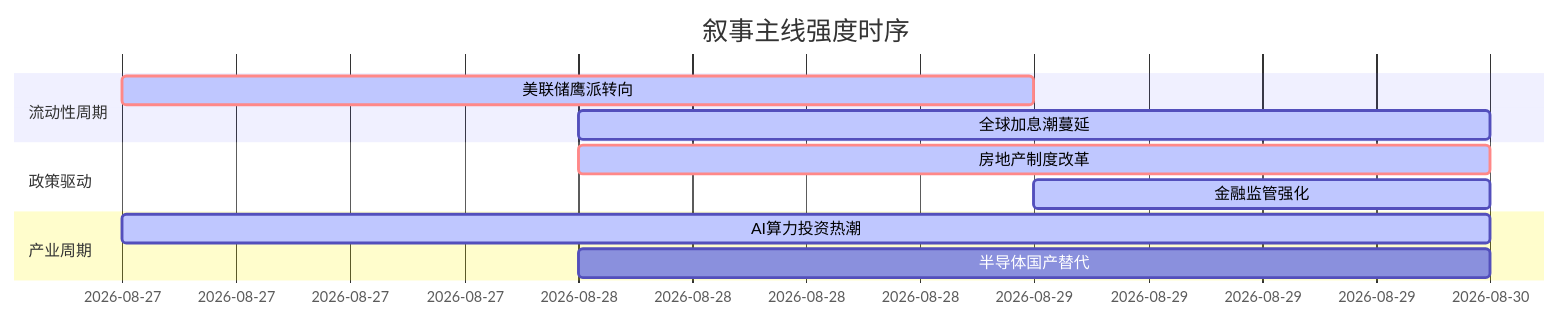
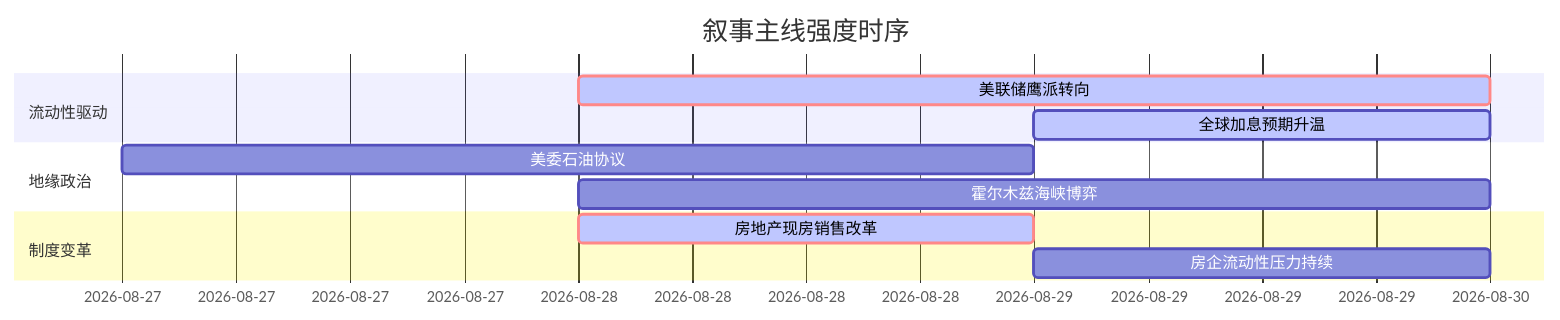
Before and after one commit to uu5zn/uu5zn.github.io: the diagram in 5day_report.md, drawn with Mermaid. The commit also changed other lines of this file and 4 other files, not shown here.

````diff
--- a/5day_report.md
+++ b/5day_report.md
@@ -58,16 +58,16 @@
 ```mermaid
 gantt
     title 叙事主线强度时序
-    dateFormat YYYY-MM-DD
-    section 流动性周期
-    美联储鹰派转向   :crit, active, 2026-08-27, 2d
-    全球加息潮蔓延   :active, 2026-08-28, 2d
+    dateFormat  YYYY-MM-DD
+    section 流动性驱动
+    美联储鹰派转向   :crit, active, 2026-08-28, 2d
+    全球加息预期升温   :active, 2026-08-29, 1d
     
-    section 政策驱动
-    房地产制度改革   :crit, active, 2026-08-28, 2d
-    金融监管强化     :active, 2026-08-29, 1d
+    section 地缘政治
+    美委石油协议   :2026-08-27, 2d
+    霍尔木兹海峡博弈   :2026-08-28, 2d
     
-    section 产业周期
-    AI算力投资热潮   :active, 2026-08-27, 3d
-    半导体国产替代   :2026-08-28, 2d
+    section 制度变革
+    房地产现房销售改革   :crit, active, 2026-08-28, 1d
+    房企流动性压力持续   :2026-08-29, 1d
 ```
````
